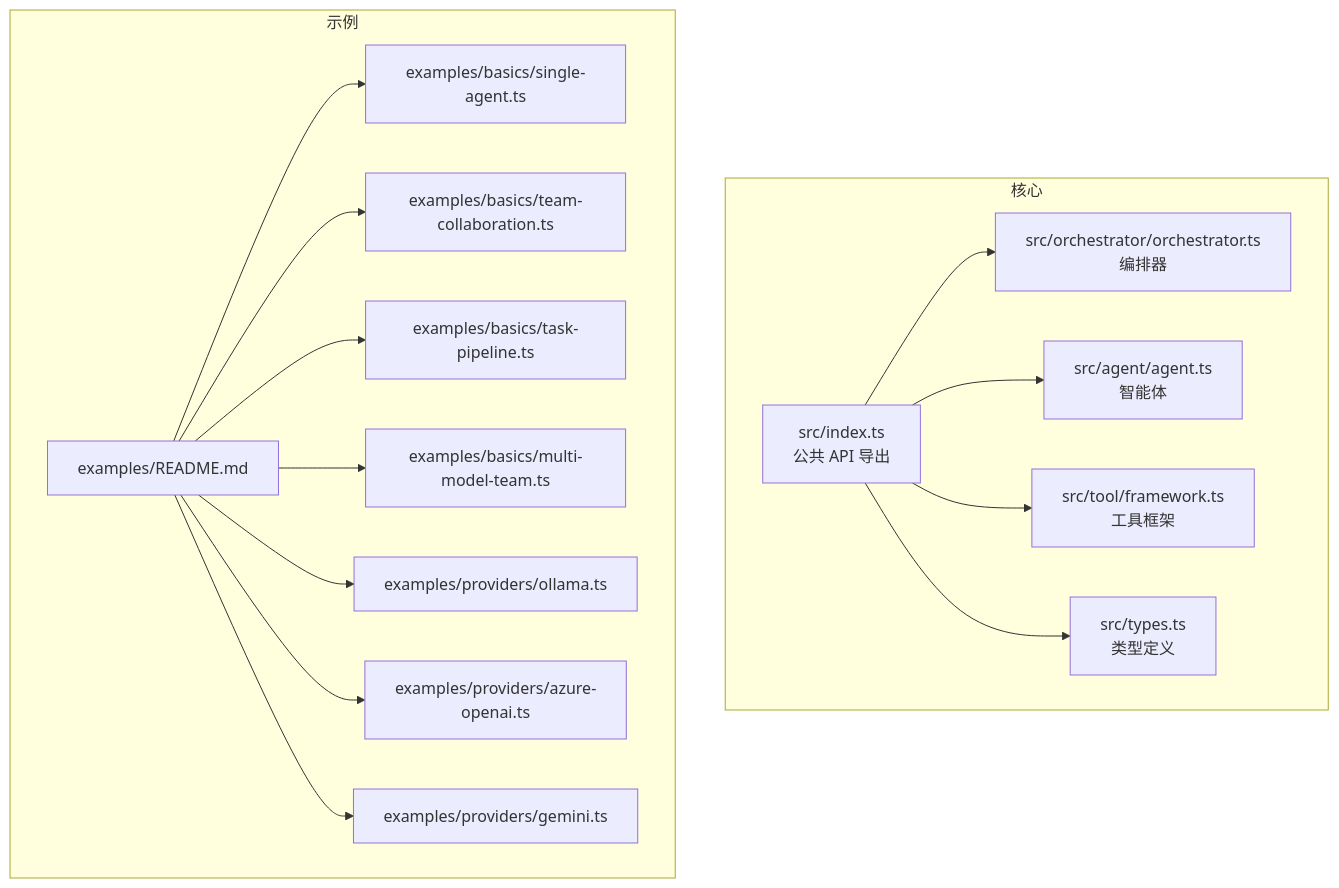
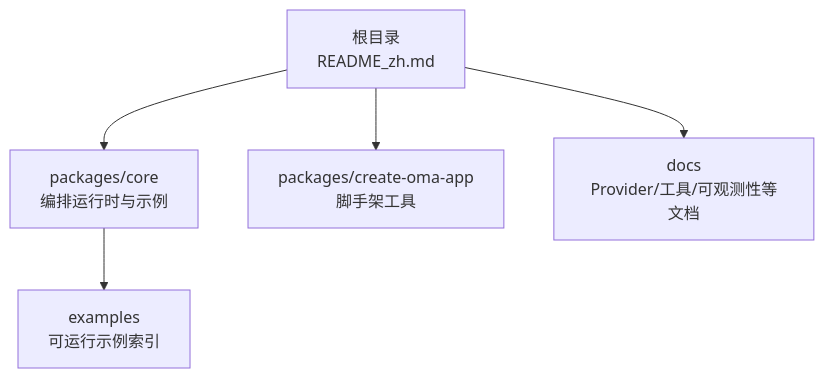
Before and after one commit to haolange/open-multi-agent: the first of 6 diagrams in .qoder/repowiki/zh/content/快速开始.md, drawn with Mermaid. The commit also changed other lines of this file and 293 other files, not shown here.

````diff
--- a/.qoder/repowiki/zh/content/快速开始.md
+++ b/.qoder/repowiki/zh/content/快速开始.md
@@ -51,31 +35,7 @@
 ```mermaid
 graph TB
-subgraph "核心"
-IDX["src/index.ts<br/>公共 API 导出"]
-ORCH["src/orchestrator/orchestrator.ts<br/>编排器"]
-AGT["src/agent/agent.ts<br/>智能体"]
-TOOL["src/tool/framework.ts<br/>工具框架"]
-TYPES["src/types.ts<br/>类型定义"]
-end
-subgraph "示例"
-EX_README["examples/README.md"]
-EX_SINGLE["examples/basics/single-agent.ts"]
-EX_TEAM["examples/basics/team-collaboration.ts"]
-EX_TASKS["examples/basics/task-pipeline.ts"]
-EX_MULTI["examples/basics/multi-model-team.ts"]
-EX_OLLAMA["examples/providers/ollama.ts"]
-EX_AZ["examples/providers/azure-openai.ts"]
-EX_GEM["examples/providers/gemini.ts"]
-end
-IDX --> ORCH
-IDX --> AGT
-IDX --> TOOL
-IDX --> TYPES
-EX_README --> EX_SINGLE
-EX_README --> EX_TEAM
-EX_README --> EX_TASKS
-EX_README --> EX_MULTI
-EX_README --> EX_OLLAMA
-EX_README --> EX_AZ
-EX_README --> EX_GEM
+A["根目录<br/>README_zh.md"] --> B["packages/core<br/>编排运行时与示例"]
+A --> C["packages/create-oma-app<br/>脚手架工具"]
+A --> D["docs<br/>Provider/工具/可观测性等文档"]
+B --> E["examples<br/>可运行示例索引"]
 ```
````
